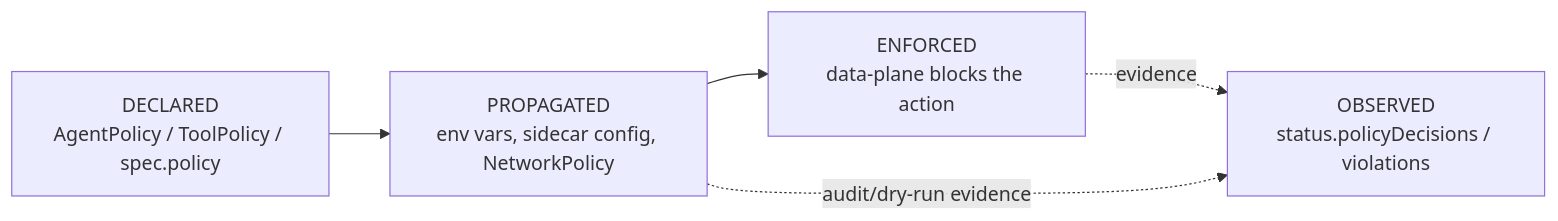
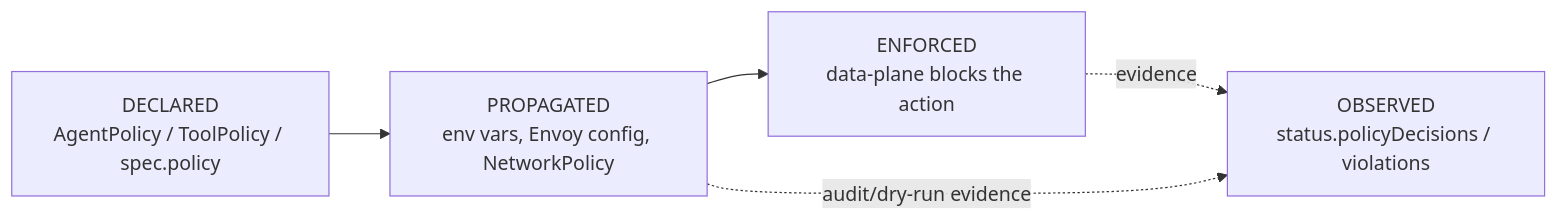
The first of 7 diagrams in docs/design/architecture.md (grantbarry29/Scrutineer), drawn with Mermaid before and after one commit. The commit also changed other lines of this file and 51 other files, not shown here.

````diff
--- a/docs/design/architecture.md
+++ b/docs/design/architecture.md
@@ -37,10 +37,10 @@
 ```mermaid
 flowchart LR
     declared["DECLARED\nAgentPolicy / ToolPolicy / spec.policy"]
-    propagated["PROPAGATED\nenv vars, sidecar config, NetworkPolicy"]
+    propagated["PROPAGATED\nenv vars, Envoy config, NetworkPolicy"]
     observed["OBSERVED\nstatus.policyDecisions / violations"]
     enforced["ENFORCED\ndata-plane blocks the action"]
     declared --> propagated --> enforced
     enforced -.evidence.-> observed
     propagated -.audit/dry-run evidence.-> observed
 ```
````
